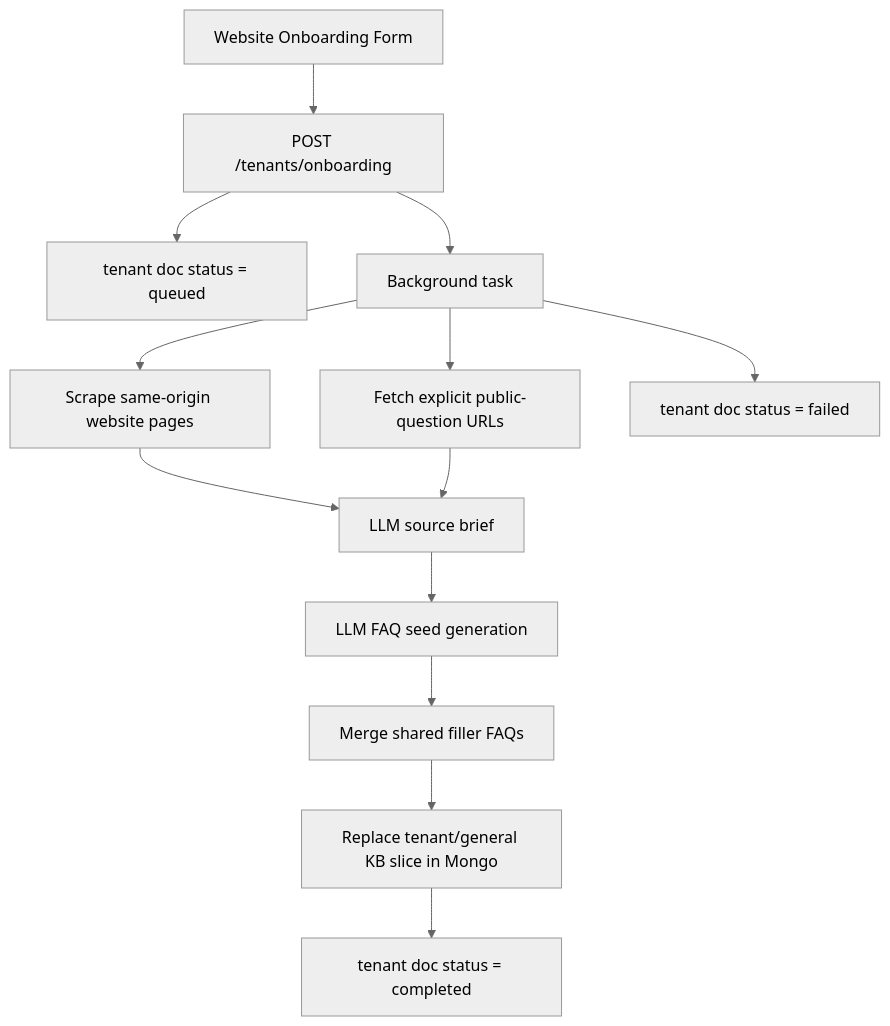
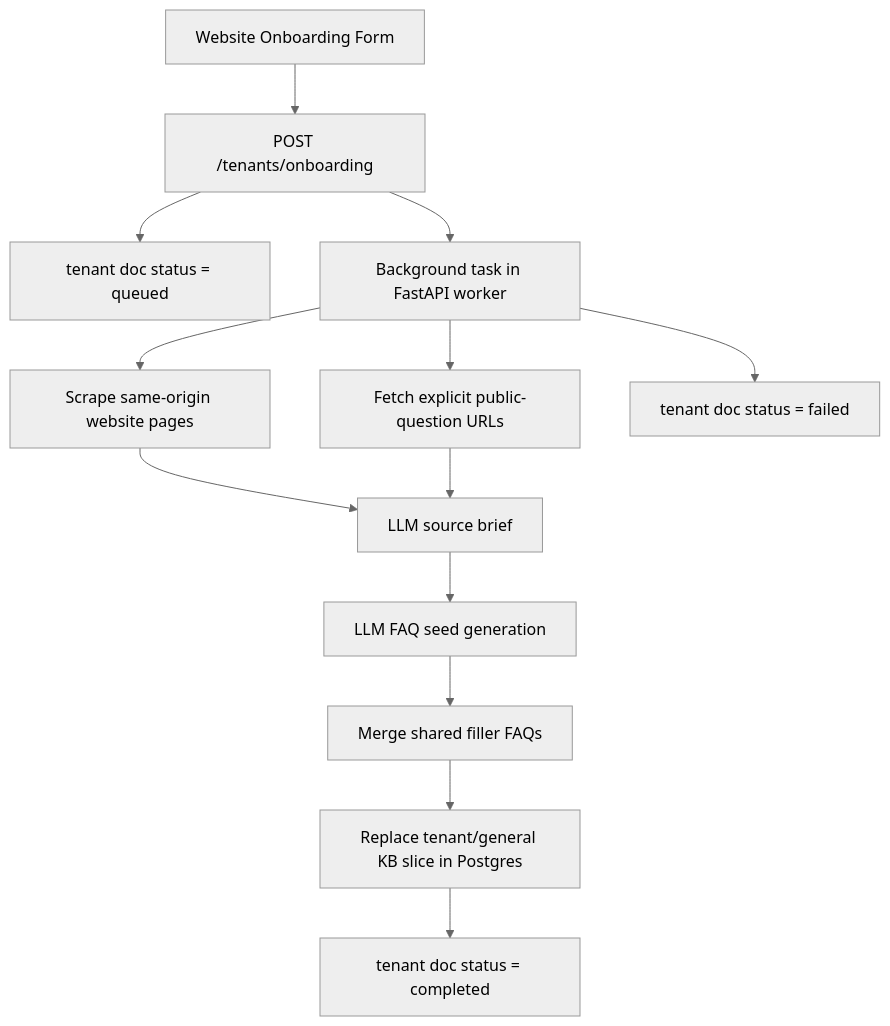
The diagram in docs/onboarding_and_seed_generation_architecture.md (svmp-systems/SVMP-CS), drawn with Mermaid (neutral theme) before and after one commit. The commit also changed other lines of this file and 53 other files, not shown here.

````diff
--- a/docs/onboarding_and_seed_generation_architecture.md
+++ b/docs/onboarding_and_seed_generation_architecture.md
@@ -52,15 +52,15 @@
 ```mermaid
 flowchart TD
     A["Website Onboarding Form"] --> B["POST /tenants/onboarding"]
     B --> C["tenant doc status = queued"]
-    B --> D["Background task"]
+    B --> D["Background task in FastAPI worker"]
     D --> E["Scrape same-origin website pages"]
     D --> F["Fetch explicit public-question URLs"]
     E --> G["LLM source brief"]
     F --> G
     G --> H["LLM FAQ seed generation"]
     H --> I["Merge shared filler FAQs"]
-    I --> J["Replace tenant/general KB slice in Mongo"]
+    I --> J["Replace tenant/general KB slice in Postgres"]
     J --> K["tenant doc status = completed"]
     D --> L["tenant doc status = failed"]
 ```
````
